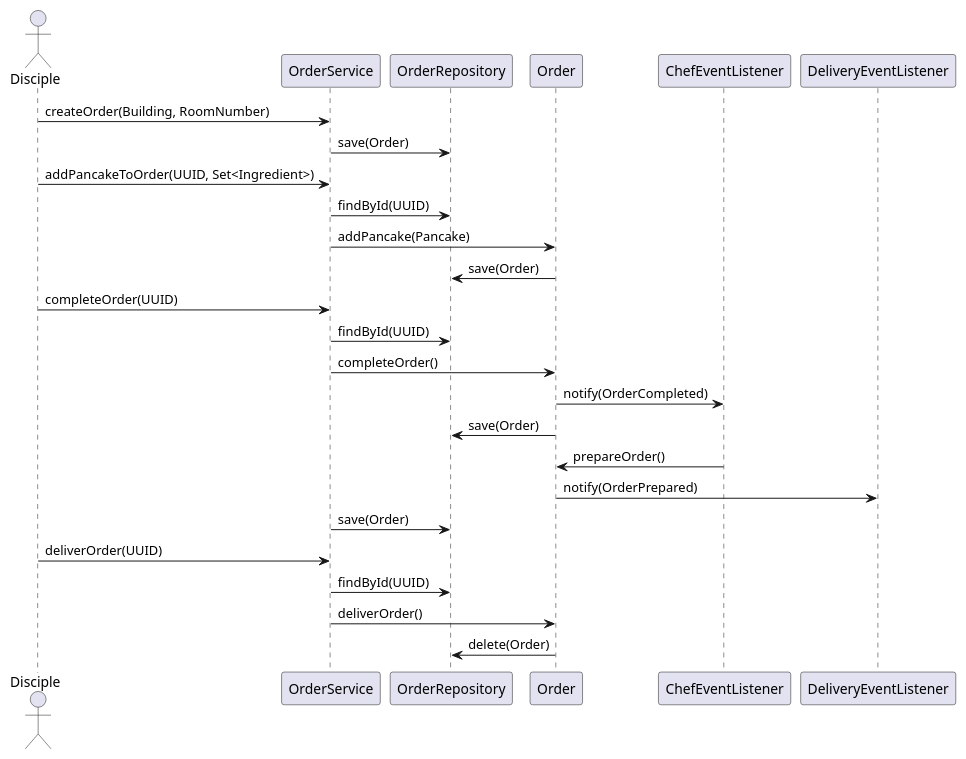
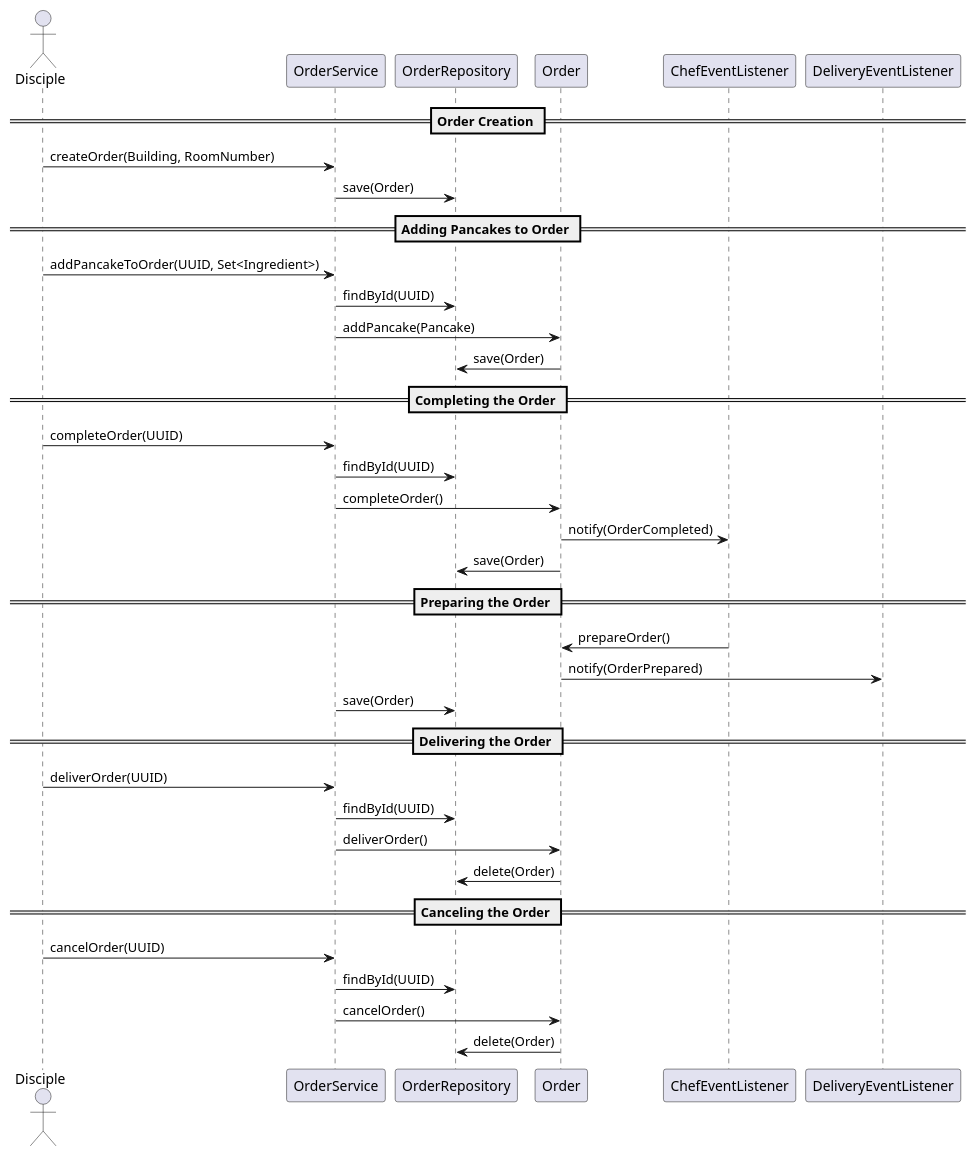
One commit to amitfritz8/pancake-lab changed the diagram in docs/uml/pancakeLabSequenceDiagram.puml. Above: the diagram before and after it, drawn with PlantUML.

Commit message:
updated sequence diagram for cancel order

```diff
--- a/docs/uml/pancakeLabSequenceDiagram.puml
+++ b/docs/uml/pancakeLabSequenceDiagram.puml
@@ -1,31 +1,42 @@
 @startuml
 actor Disciple
 participant "OrderService" as OS
 participant "OrderRepository" as OR
 participant "Order" as O
 participant "ChefEventListener" as CEL
 participant "DeliveryEventListener" as DEL
 
+== Order Creation ==
 Disciple -> OS : createOrder(Building, RoomNumber)
 OS -> OR : save(Order)
 
+== Adding Pancakes to Order ==
 Disciple -> OS : addPancakeToOrder(UUID, Set<Ingredient>)
 OS -> OR : findById(UUID)
 OS -> O : addPancake(Pancake)
 O -> OR : save(Order)
 
+== Completing the Order ==
 Disciple -> OS : completeOrder(UUID)
 OS -> OR : findById(UUID)
 OS -> O : completeOrder()
 O -> CEL : notify(OrderCompleted)
 O -> OR : save(Order)
 
+== Preparing the Order ==
 CEL -> O : prepareOrder()
 O -> DEL : notify(OrderPrepared)
 OS -> OR : save(Order)
 
+== Delivering the Order ==
 Disciple -> OS : deliverOrder(UUID)
 OS -> OR : findById(UUID)
 OS -> O : deliverOrder()
 O -> OR : delete(Order)
+
+== Canceling the Order ==
+Disciple -> OS : cancelOrder(UUID)
+OS -> OR : findById(UUID)
+OS -> O : cancelOrder()
+O -> OR : delete(Order)
 @enduml
```
